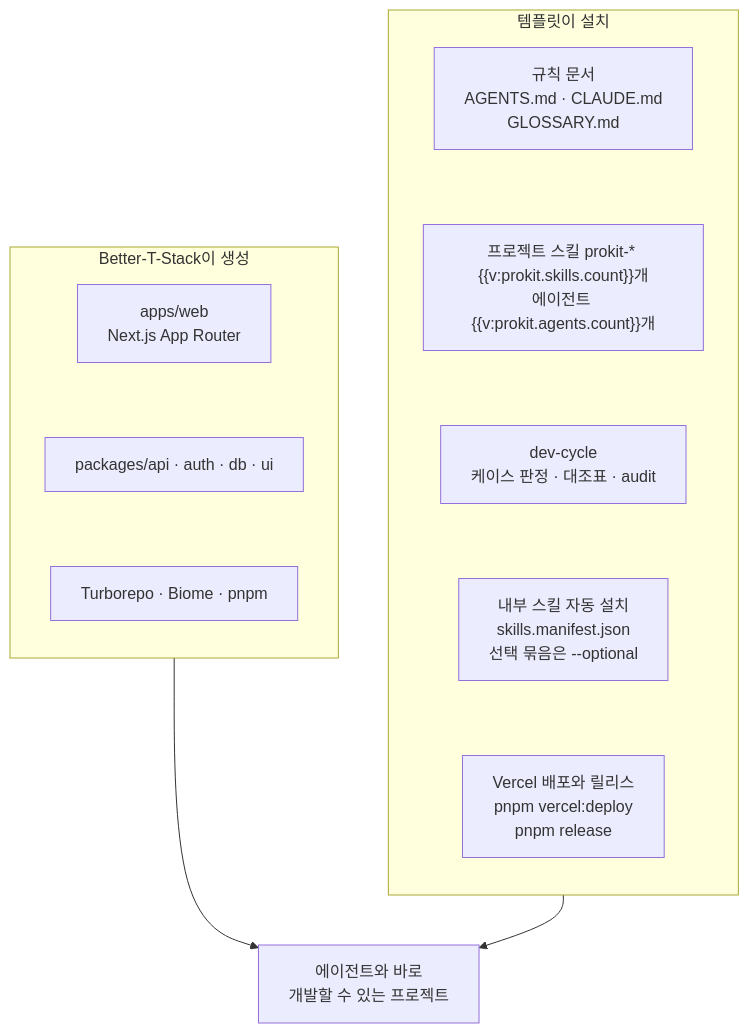
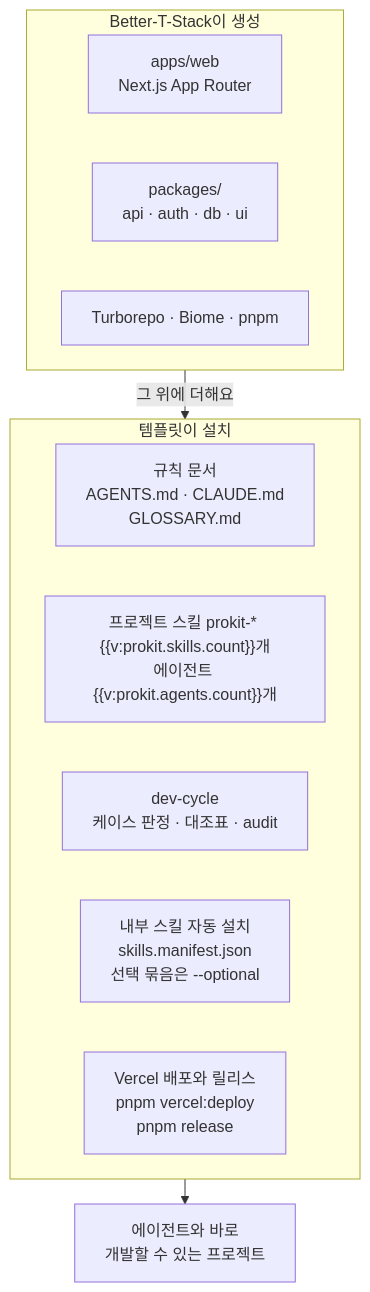
Before and after one commit to roadkwon-ai/pro-kit: the diagram in docs/blocks/what-it-adds-diagram.md, drawn with Mermaid. The commit also changed 26 other files, not shown here.

````diff
--- a/docs/blocks/what-it-adds-diagram.md
+++ b/docs/blocks/what-it-adds-diagram.md
@@ -2,26 +2,27 @@
 ```mermaid
 ---
 config:
   flowchart:
     wrappingWidth: 220
+    rankSpacing: 25
 ---
 flowchart TB
   subgraph BTS["Better-T-Stack이 생성"]
     direction TB
     B1["apps/web<br/>Next.js App Router"]
-    B2["packages/api · auth · db · ui"]
+    B2["packages/<br/>api · auth · db · ui"]
     B3["Turborepo · Biome · pnpm"]
   end
   subgraph TPL["템플릿이 설치"]
     direction TB
     T1["규칙 문서<br/>AGENTS.md · CLAUDE.md<br/>GLOSSARY.md"]
     T2["프로젝트 스킬 prokit-* {{v:prokit.skills.count}}개<br/>에이전트 {{v:prokit.agents.count}}개"]
     T3["dev-cycle<br/>케이스 판정 · 대조표 · audit"]
     T4["내부 스킬 자동 설치<br/>skills.manifest.json<br/>선택 묶음은 --optional"]
     T5["Vercel 배포와 릴리스<br/>pnpm vercel:deploy<br/>pnpm release"]
   end
   B1 ~~~ B2 ~~~ B3
   T1 ~~~ T2 ~~~ T3 ~~~ T4 ~~~ T5
-  BTS --> APP["에이전트와 바로<br/>개발할 수 있는 프로젝트"]
-  TPL --> APP
+  BTS -->|그 위에 더해요| TPL
+  TPL --> APP["에이전트와 바로<br/>개발할 수 있는 프로젝트"]
 ```
````
